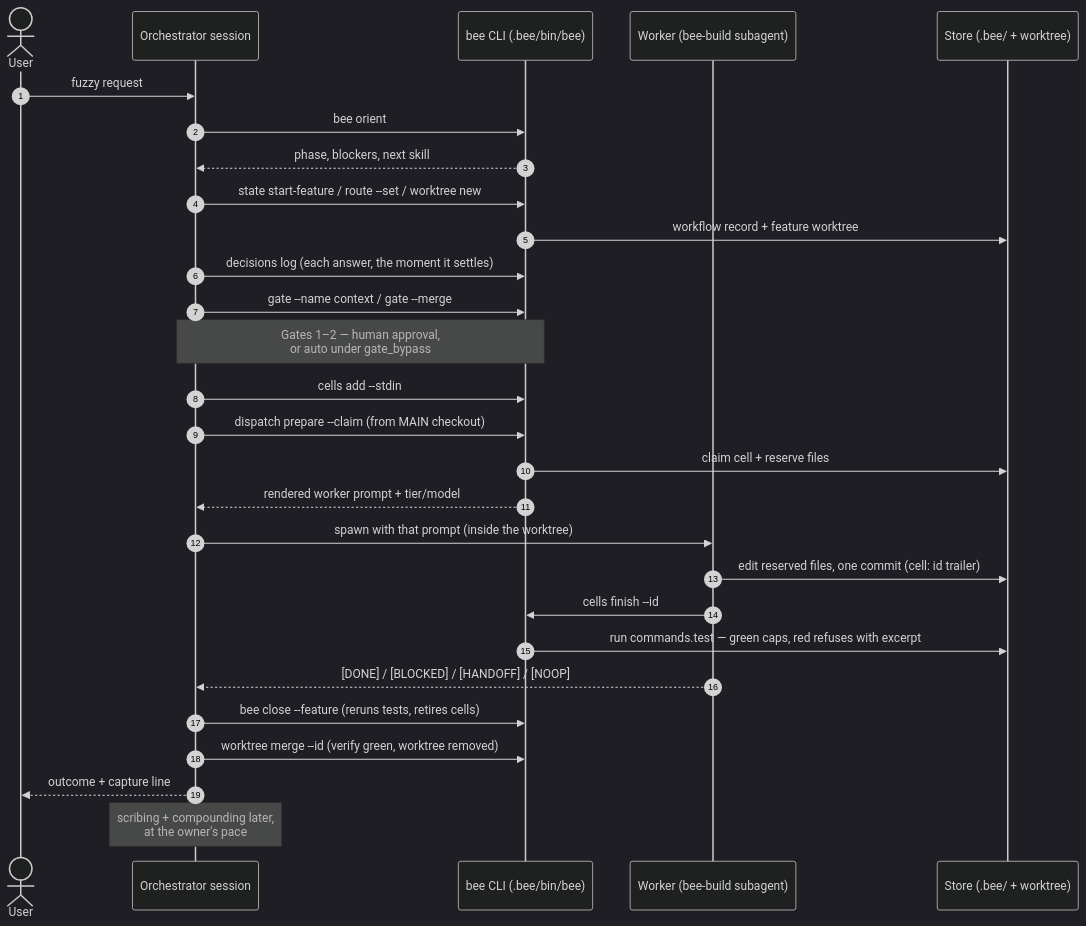
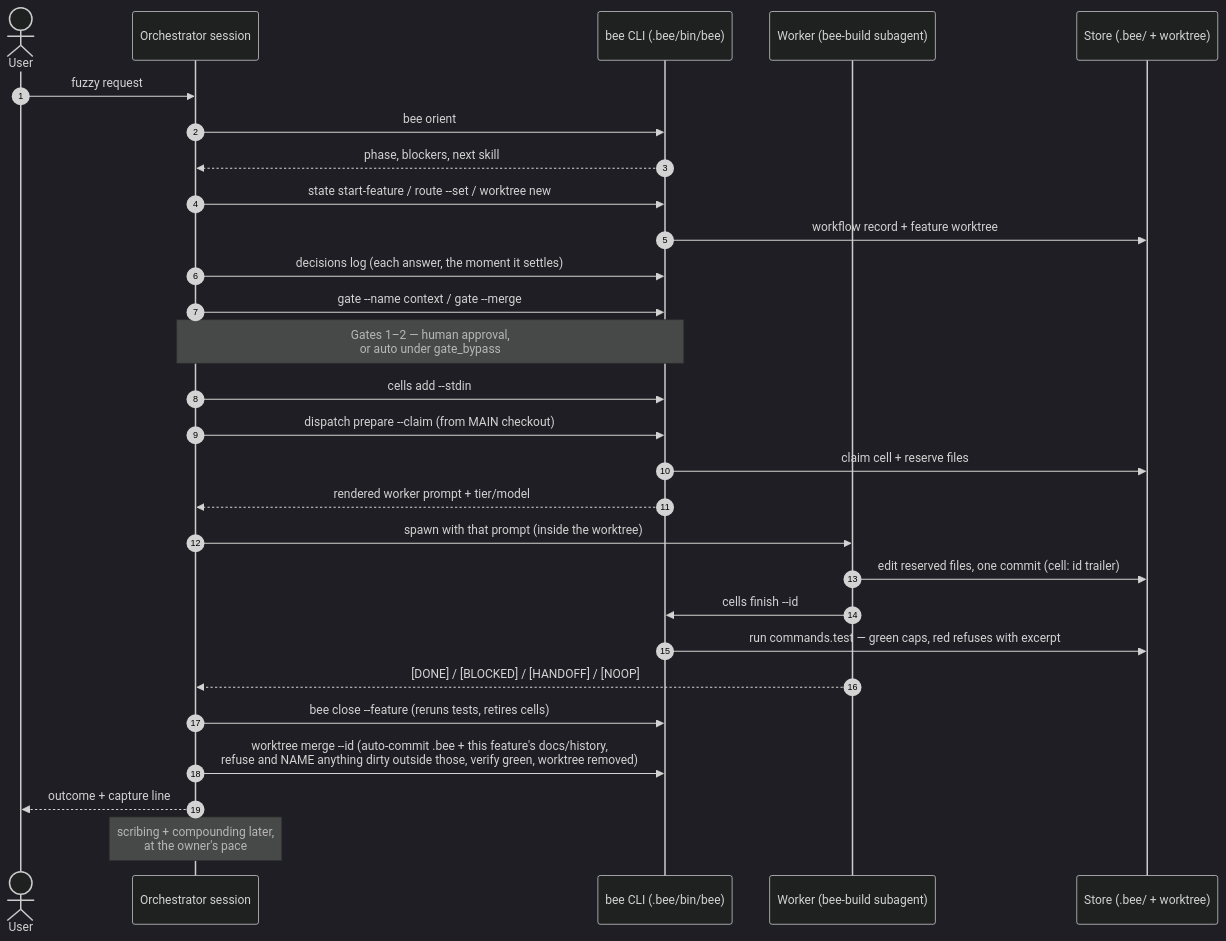
Before and after one commit to thanhsmind/beehive: the third of 6 diagrams in docs/handbook/architecture-map.md, drawn with Mermaid (dark theme). The commit also changed other lines of this file and 5 other files, not shown here.

````diff
--- a/docs/handbook/architecture-map.md
+++ b/docs/handbook/architecture-map.md
@@ -123,31 +124,31 @@
 ```mermaid
 sequenceDiagram
     autonumber
     actor U as User
     participant O as Orchestrator session
     participant B as bee CLI (.bee/bin/bee)
     participant W as Worker (bee-build subagent)
     participant S as Store (.bee/ + worktree)
 
     U->>O: fuzzy request
     O->>B: bee orient
     B-->>O: phase, blockers, next skill
     O->>B: state start-feature / route --set / worktree new
     B->>S: workflow record + feature worktree
     O->>B: decisions log (each answer, the moment it settles)
     O->>B: gate --name context / gate --merge
     Note over O,B: Gates 1–2 — human approval,<br/>or auto under gate_bypass
     O->>B: cells add --stdin
     O->>B: dispatch prepare --claim (from MAIN checkout)
     B->>S: claim cell + reserve files
     B-->>O: rendered worker prompt + tier/model
     O->>W: spawn with that prompt (inside the worktree)
     W->>S: edit reserved files, one commit (cell: id trailer)
     W->>B: cells finish --id
     B->>S: run commands.test — green caps, red refuses with excerpt
     W-->>O: [DONE] / [BLOCKED] / [HANDOFF] / [NOOP]
     O->>B: bee close --feature (reruns tests, retires cells)
-    O->>B: worktree merge --id (verify green, worktree removed)
+    O->>B: worktree merge --id (auto-commit .bee + this feature's docs/history,<br/>refuse and NAME anything dirty outside those, verify green, worktree removed)
     O-->>U: outcome + capture line
     Note over O: scribing + compounding later,<br/>at the owner's pace
 ```
````
